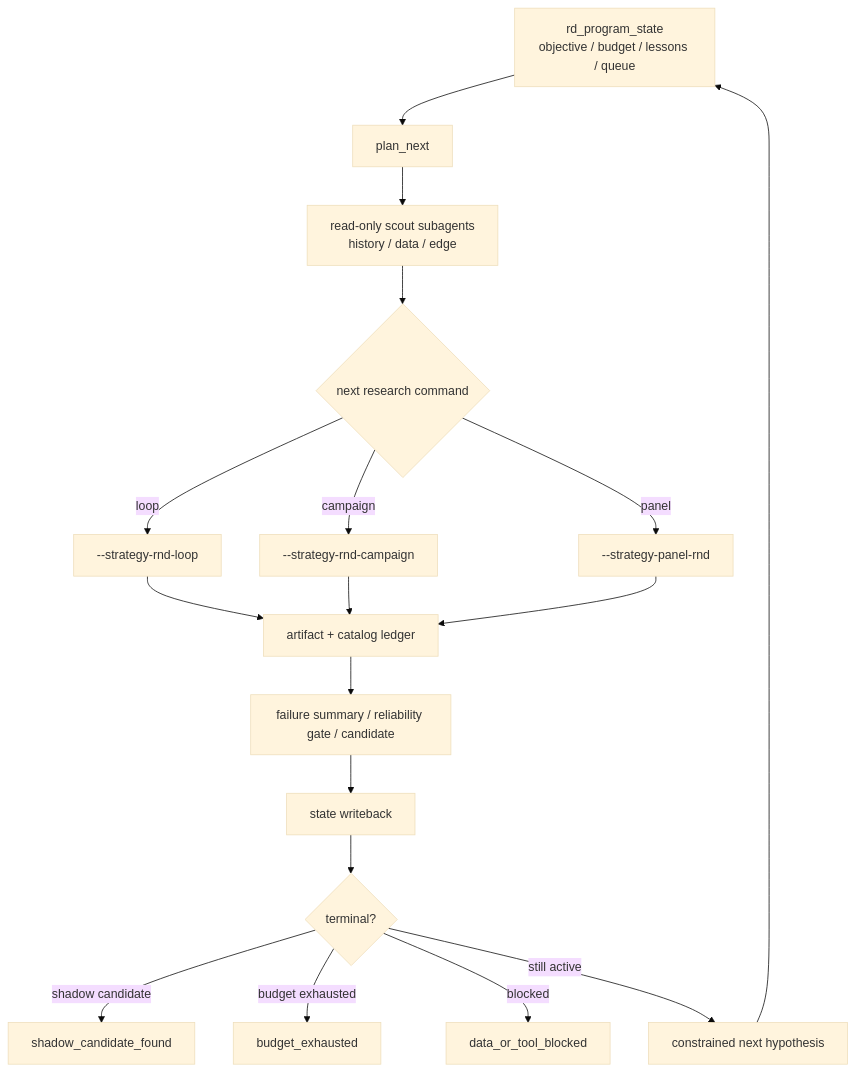
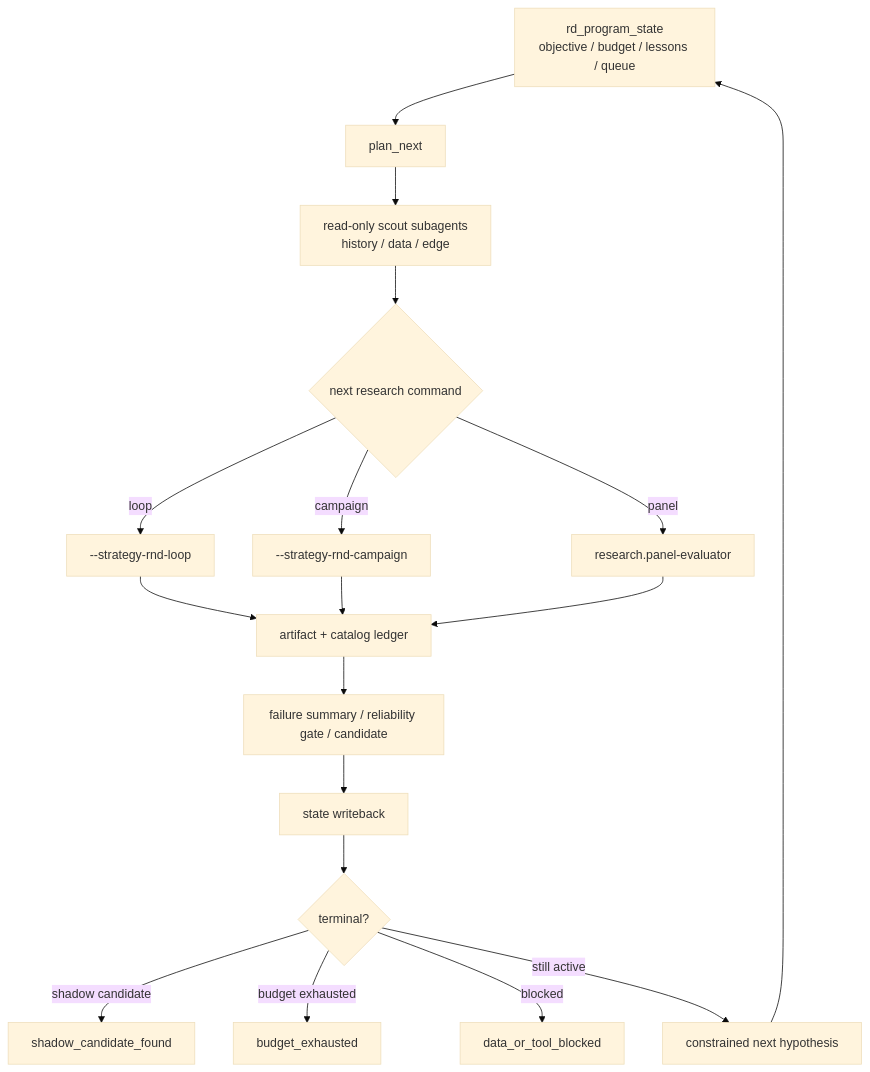
The seventh of 9 diagrams in README.md (qOeOp/trade), drawn with Mermaid (base theme) before and after one commit. The commit also changed other lines of this file and 34 other files, not shown here.

Commit message:
Split panel evaluator from RD

````diff
--- a/README.md
+++ b/README.md
@@ -266,20 +266,20 @@
 ```mermaid
 flowchart TD
   STATE["rd_program_state<br/>objective / budget / lessons / queue"] --> PLAN["plan_next"]
   PLAN --> SCOUT["read-only scout subagents<br/>history / data / edge"]
   SCOUT --> RUN{"next research command"}
   RUN -->|loop| LOOP["--strategy-rnd-loop"]
   RUN -->|campaign| CAMP["--strategy-rnd-campaign"]
-  RUN -->|panel| PANEL["--strategy-panel-rnd"]
+  RUN -->|panel| PANEL["research.panel-evaluator"]
   LOOP --> ART["artifact + catalog ledger"]
   CAMP --> ART
   PANEL --> ART
   ART --> FB["failure summary / reliability gate / candidate"]
   FB --> UP["state writeback"]
   UP --> DECIDE{"terminal?"}
   DECIDE -->|shadow candidate| DONE["shadow_candidate_found"]
   DECIDE -->|budget exhausted| BUD["budget_exhausted"]
   DECIDE -->|blocked| BLK["data_or_tool_blocked"]
   DECIDE -->|still active| NEXT["constrained next hypothesis"]
   NEXT --> STATE
 ```
````
